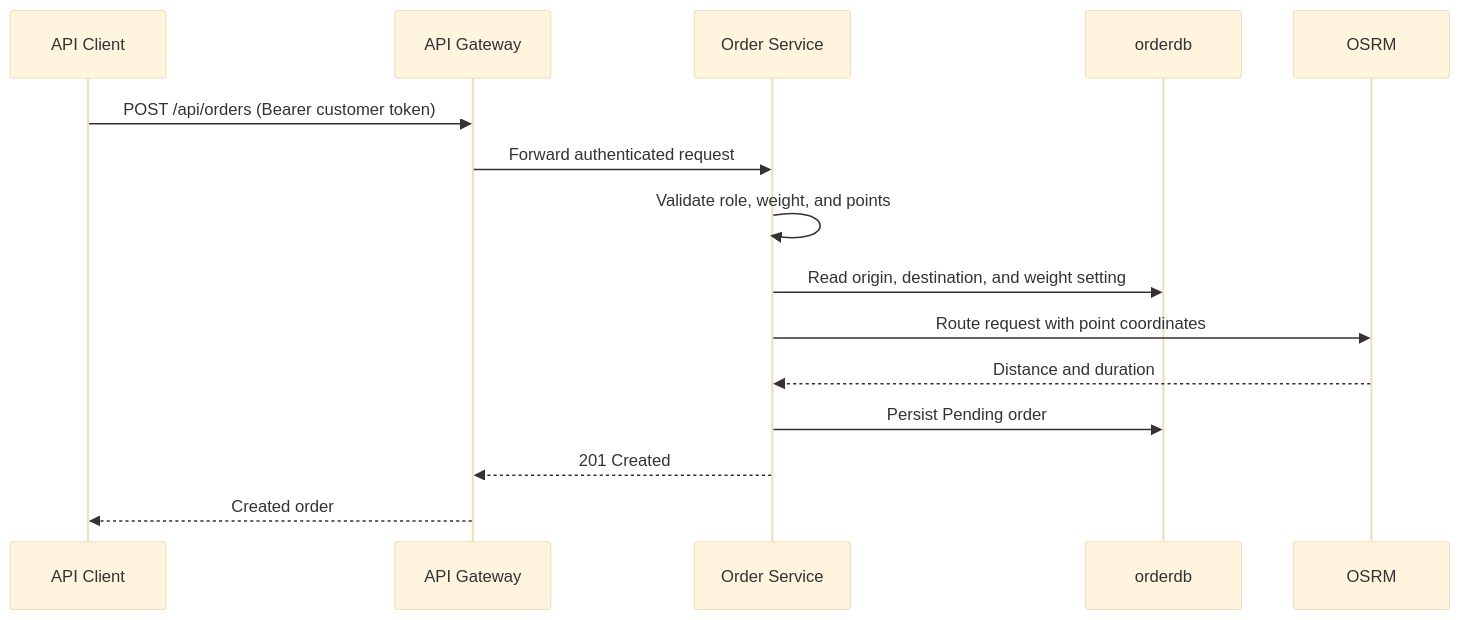
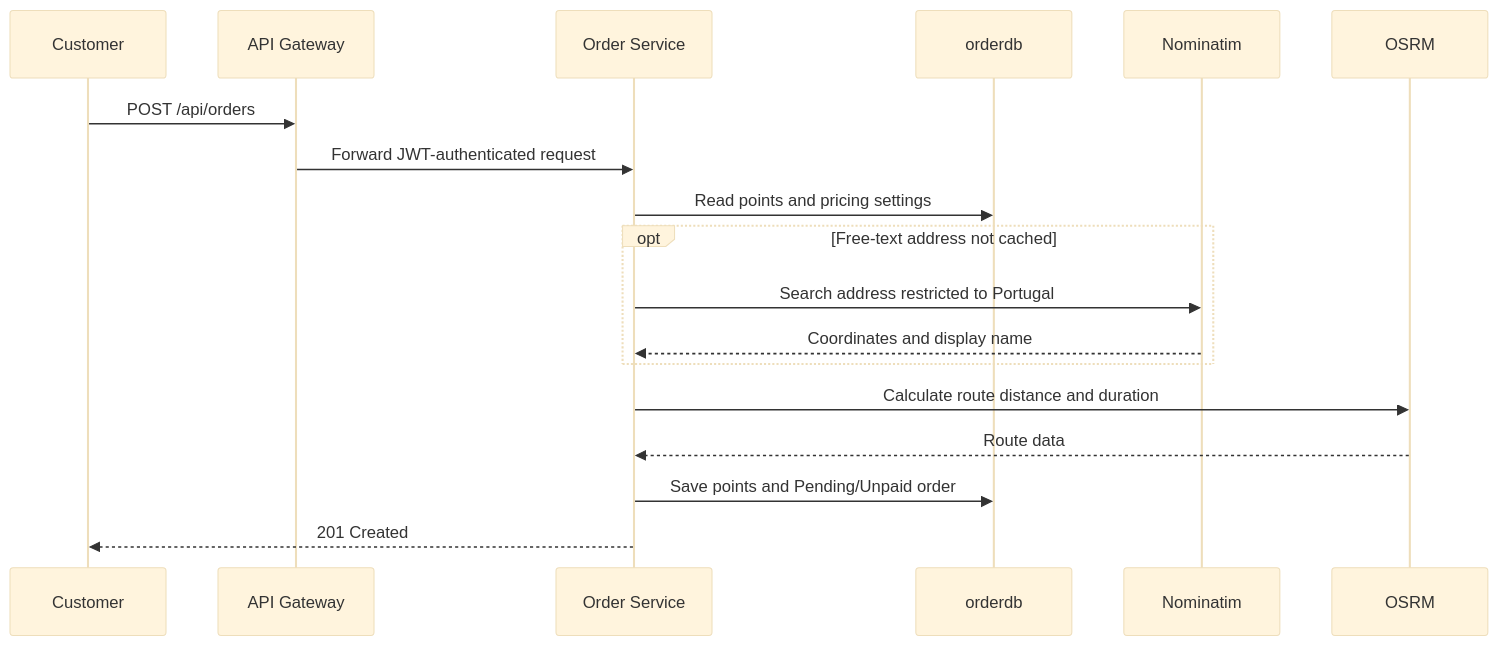
One commit to RenatoB04/Lesto changed the second of 5 diagrams in docs/sequences.md. Above: the diagram before and after it, drawn with Mermaid (base theme). The commit also changed other lines of this file and 10 other files, not shown here.

````diff
--- a/docs/sequences.md
+++ b/docs/sequences.md
@@ -22,18 +21,20 @@
 ```mermaid
 sequenceDiagram
-    participant Client as API Client
+    participant Client as Customer
     participant Gateway as API Gateway
     participant Order as Order Service
     participant Db as orderdb
+    participant Geo as Nominatim
     participant OSRM as OSRM
-
-    Client->>Gateway: POST /api/orders (Bearer customer token)
-    Gateway->>Order: Forward authenticated request
-    Order->>Order: Validate role, weight, and points
-    Order->>Db: Read origin, destination, and weight setting
-    Order->>OSRM: Route request with point coordinates
-    OSRM-->>Order: Distance and duration
-    Order->>Db: Persist Pending order
-    Order-->>Gateway: 201 Created
-    Gateway-->>Client: Created order
+    Client->>Gateway: POST /api/orders
+    Gateway->>Order: Forward JWT-authenticated request
+    Order->>Db: Read points and pricing settings
+    opt Free-text address not cached
+        Order->>Geo: Search address restricted to Portugal
+        Geo-->>Order: Coordinates and display name
+    end
+    Order->>OSRM: Calculate route distance and duration
+    OSRM-->>Order: Route data
+    Order->>Db: Save points and Pending/Unpaid order
+    Order-->>Client: 201 Created
 ```
````
